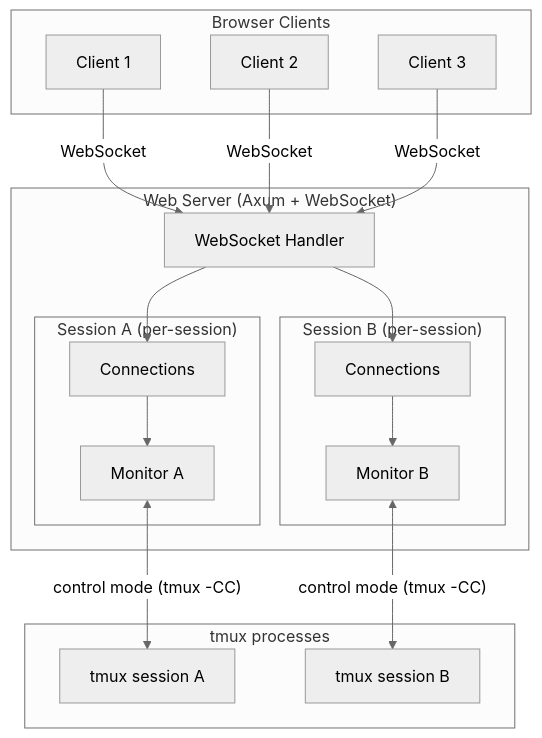
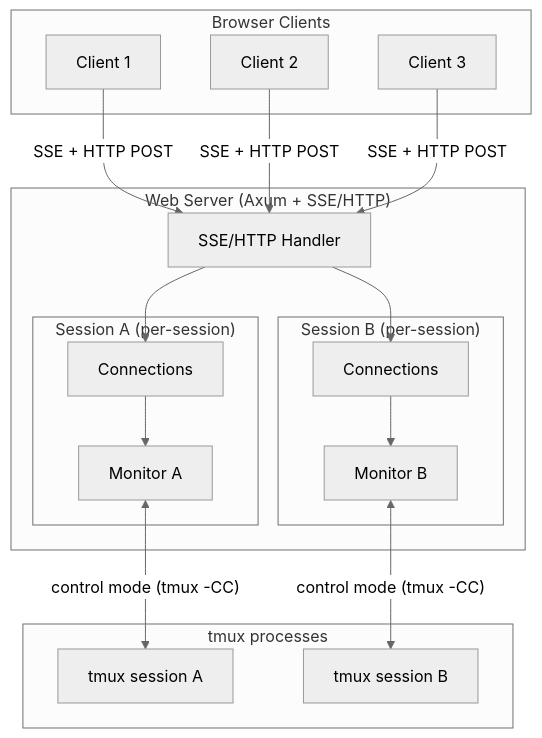
The first of 5 diagrams in docs/architecture.md (flplima/tmuxy), drawn with Mermaid (neutral theme) before and after one commit. The commit also changed other lines of this file and 28 other files, not shown here.

First line of the commit message:
🔥 Remove all WebSocket references, document SSE/HTTP communication architecture

````diff
--- a/docs/architecture.md
+++ b/docs/architecture.md
@@ -14,34 +14,34 @@
 ```mermaid
 graph TD
     subgraph Browsers["Browser Clients"]
         C1[Client 1]
         C2[Client 2]
         C3[Client 3]
     end
 
-    subgraph Server["Web Server (Axum + WebSocket)"]
-        WS[WebSocket Handler]
+    subgraph Server["Web Server (Axum + SSE/HTTP)"]
+        WS[SSE/HTTP Handler]
 
         subgraph SA["Session A (per-session)"]
             ConnsA[Connections]
             MonA[Monitor A]
         end
 
         subgraph SB["Session B (per-session)"]
             ConnsB[Connections]
             MonB[Monitor B]
         end
     end
 
     subgraph Tmux["tmux processes"]
         TA["tmux session A"]
         TB["tmux session B"]
     end
 
-    C1 & C2 & C3 -->|WebSocket| WS
+    C1 & C2 & C3 -->|"SSE + HTTP POST"| WS
     WS --> ConnsA & ConnsB
     ConnsA --> MonA
     ConnsB --> MonB
     MonA <-->|"control mode (tmux -CC)"| TA
     MonB <-->|"control mode (tmux -CC)"| TB
 ```
````
